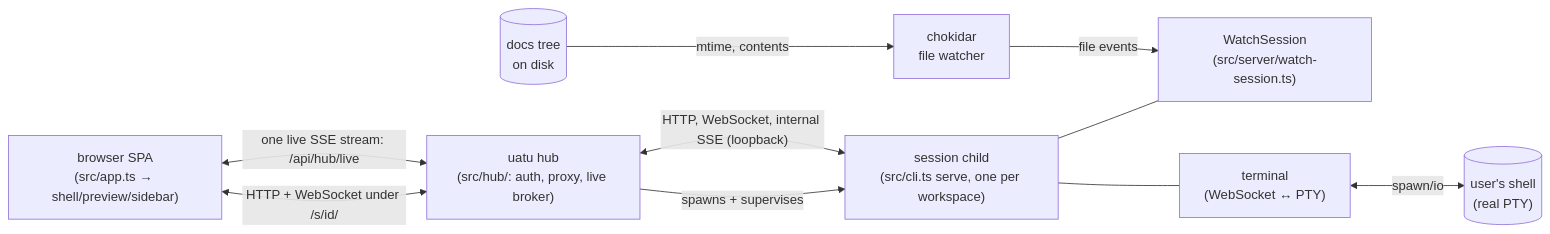
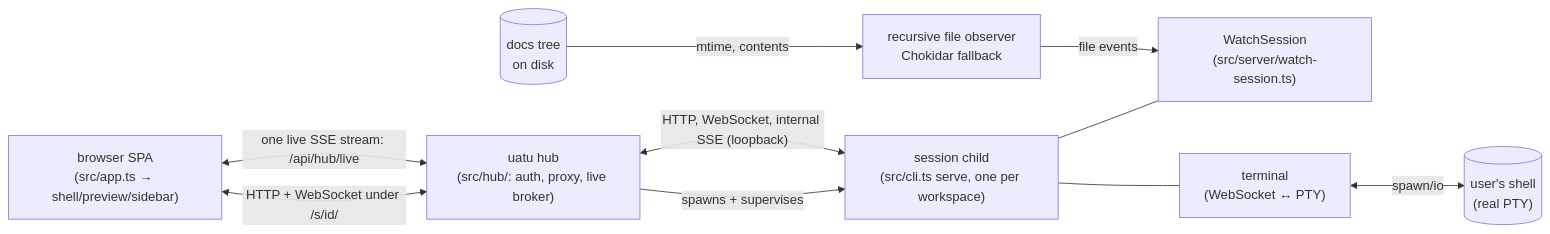
The first of 5 diagrams in ARCHITECTURE.md (addiberra/uatu), drawn with Mermaid before and after one commit. The commit also changed other lines of this file and 95 other files, not shown here.

````diff
--- a/ARCHITECTURE.md
+++ b/ARCHITECTURE.md
@@ -13,21 +13,21 @@
 ```mermaid
 flowchart LR
   SPA["browser SPA<br/>(src/app.ts → shell/preview/sidebar)"]
   Hub["uatu hub<br/>(src/hub/: auth, proxy, live broker)"]
   Child["session child<br/>(src/cli.ts serve, one per workspace)"]
   Session["WatchSession<br/>(src/server/watch-session.ts)"]
-  WS["chokidar<br/>file watcher"]
+  WS["recursive file observer<br/>Chokidar fallback"]
   Term["terminal<br/>(WebSocket ↔ PTY)"]
   FS[("docs tree<br/>on disk")]
   Term_PTY[("user's shell<br/>(real PTY)")]
 
   Hub -- spawns + supervises --> Child
   SPA <-- "HTTP + WebSocket under /s/id/" --> Hub
   SPA <-- "one live SSE stream: /api/hub/live" --> Hub
   Hub <-- "HTTP, WebSocket, internal SSE (loopback)" --> Child
   Child --- Session
   Child --- Term
   FS -- mtime, contents --> WS
   WS -- file events --> Session
   Term <-- spawn/io --> Term_PTY
 ```
````
